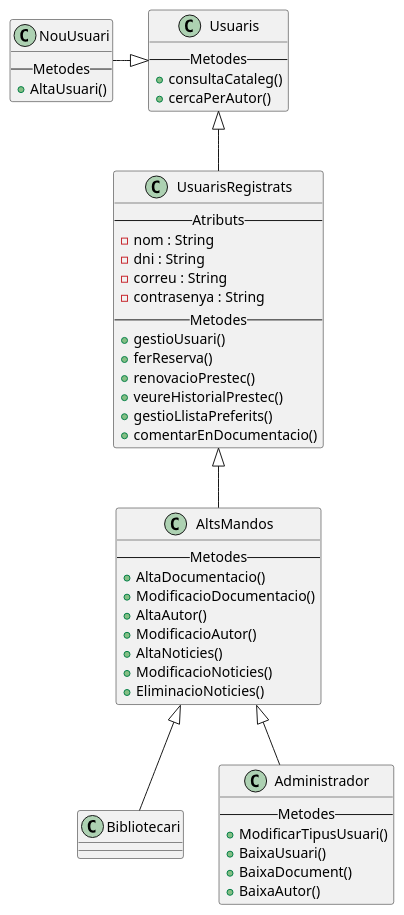
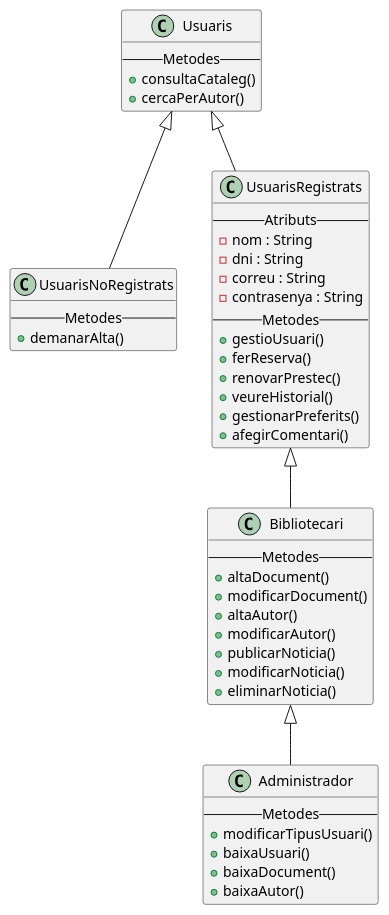
One commit to williamG7/RecuperacionRa5-Ra6 changed the diagram in src/main/kotlin/uml/DiagramaDeClases.puml. Above: the diagram before and after it, drawn with PlantUML.

```diff
--- a/src/main/kotlin/uml/DiagramaDeClases.puml
+++ b/src/main/kotlin/uml/DiagramaDeClases.puml
@@ -1,57 +1,54 @@
 @startuml
 'https://plantuml.com/class-diagram
 
 class Usuaris {
-    --Metodes--
+    -- Metodes --
     + consultaCataleg()
     + cercaPerAutor()
 }
 
+class UsuarisNoRegistrats {
+    -- Metodes --
+    + demanarAlta()
+}
+
 class UsuarisRegistrats {
-    --Atributs--
+    -- Atributs --
     - nom : String
     - dni : String
     - correu : String
     - contrasenya : String
-    --Metodes--
+    -- Metodes --
     + gestioUsuari()
     + ferReserva()
-    + renovacioPrestec()
-    + veureHistorialPrestec()
-    + gestioLlistaPreferits()
-    + comentarEnDocumentacio()
-}
-
-class NouUsuari {
-    --Metodes--
-    + AltaUsuari()
-}
-
-class AltsMandos {
-    --Metodes--
-    + AltaDocumentacio()
-    + ModificacioDocumentacio()
-    + AltaAutor()
-    + ModificacioAutor()
-    + AltaNoticies()
-    + ModificacioNoticies()
-    + EliminacioNoticies()
+    + renovarPrestec()
+    + veureHistorial()
+    + gestionarPreferits()
+    + afegirComentari()
 }
 
 class Bibliotecari {
+    -- Metodes --
+    + altaDocument()
+    + modificarDocument()
+    + altaAutor()
+    + modificarAutor()
+    + publicarNoticia()
+    + modificarNoticia()
+    + eliminarNoticia()
 }
 
 class Administrador {
-    --Metodes--
-    + ModificarTipusUsuari()
-    + BaixaUsuari()
-    + BaixaDocument()
-    + BaixaAutor()
+    -- Metodes --
+    + modificarTipusUsuari()
+    + baixaUsuari()
+    + baixaDocument()
+    + baixaAutor()
 }
 
-NouUsuari -|> Usuaris
+Usuaris <|-- UsuarisNoRegistrats
 Usuaris <|-- UsuarisRegistrats
-UsuarisRegistrats <|-- AltsMandos
-AltsMandos <|-- Bibliotecari
-AltsMandos <|-- Administrador
+UsuarisRegistrats <|-- Bibliotecari
+Bibliotecari <|-- Administrador
+
 @enduml
```
